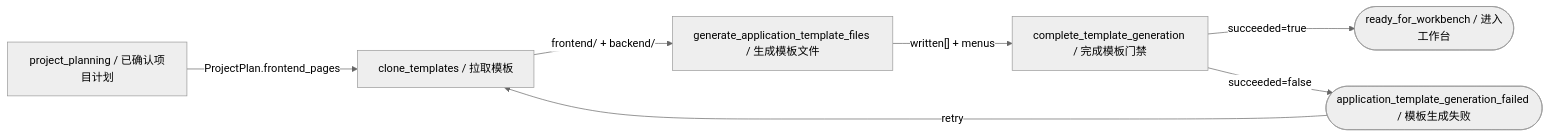
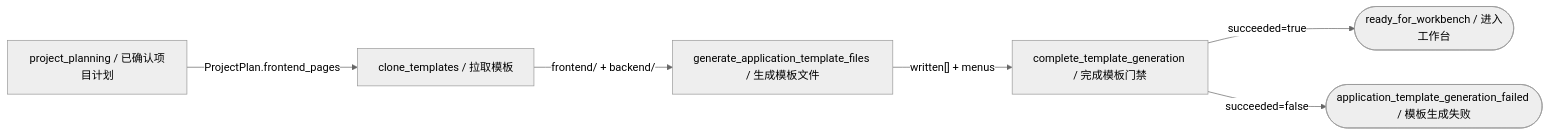
One commit to YYYWYF/XCodeAgent changed the third of 11 diagrams in docs/XCODEAGENT_COMPLETE_WORKFLOW.md. Above: the diagram before and after it, drawn with Mermaid (neutral theme). The commit also changed other lines of this file and 67 other files, not shown here.

````diff
--- a/docs/XCODEAGENT_COMPLETE_WORKFLOW.md
+++ b/docs/XCODEAGENT_COMPLETE_WORKFLOW.md
@@ -211,16 +211,15 @@
 ```mermaid
 flowchart LR
     P["project_planning / 已确认项目计划"]
     C["clone_templates / 拉取模板"]
     G["generate_application_template_files / 生成模板文件"]
     V["complete_template_generation / 完成模板门禁"]
     W(["ready_for_workbench / 进入工作台"])
     F(["application_template_generation_failed / 模板生成失败"])
 
     P -->|"ProjectPlan.frontend_pages"| C
     C -->|"frontend/ + backend/"| G
     G -->|"written[] + menus"| V
     V -->|"succeeded=true"| W
     V -->|"succeeded=false"| F
-    F -->|"retry"| C
 ```
````
